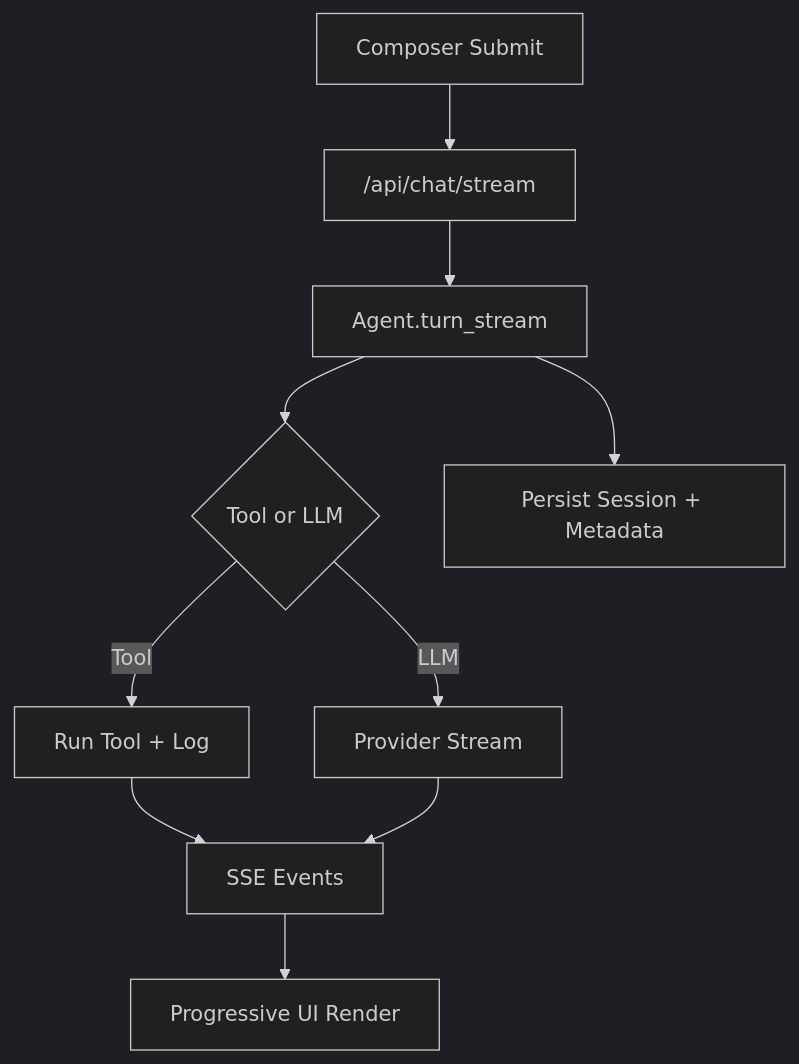
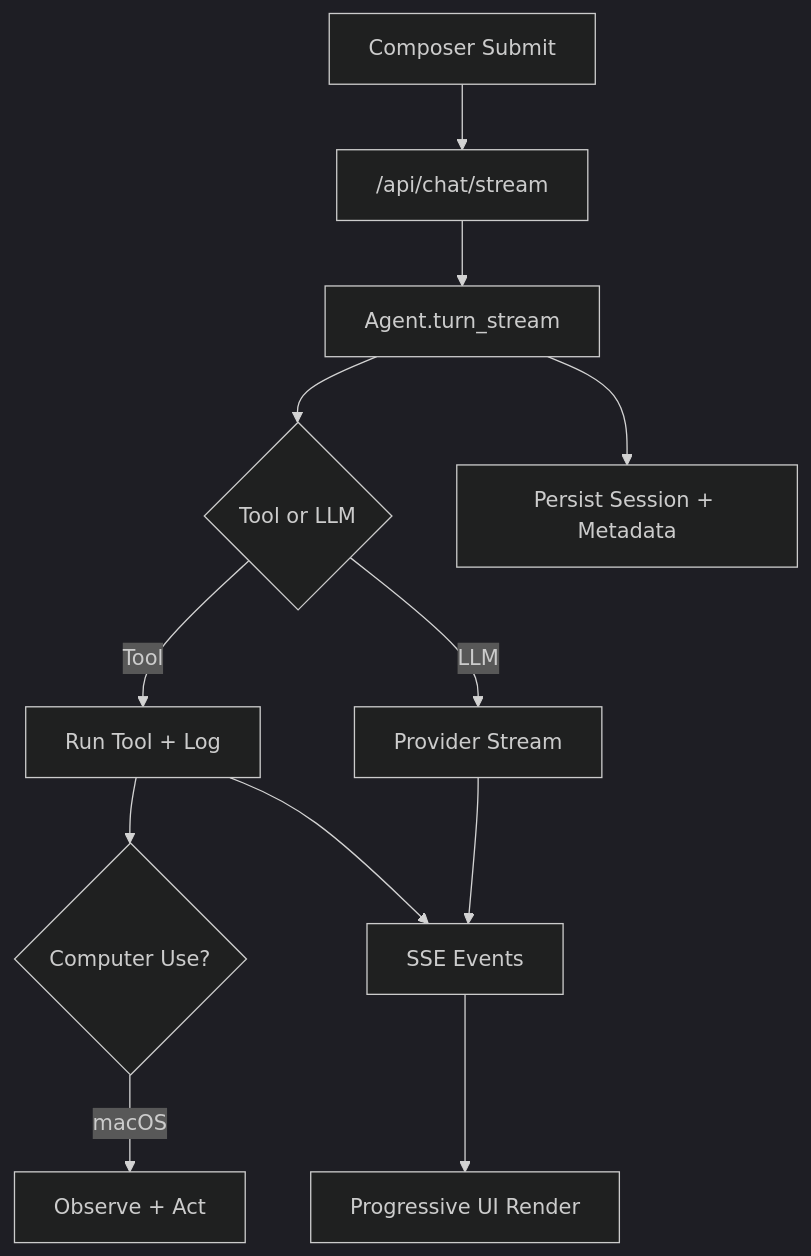
The second of 2 diagrams in docs/architecture.md (RSWAIN1486/sankalp), drawn with Mermaid (dark theme) before and after one commit. The commit also changed other lines of this file and 14 other files, not shown here.

Commit message:
feat: implement experimental macOS Computer Use harness with safety policy and update layout to a persistent app shell architecture.

````diff
--- a/docs/architecture.md
+++ b/docs/architecture.md
@@ -86,12 +102,14 @@
 ```mermaid
 flowchart TD
   C[Composer Submit] --> API["/api/chat/stream"]
   API --> TURN[Agent.turn_stream]
   TURN --> ROUTE{Tool or LLM}
   ROUTE -->|Tool| TOOL[Run Tool + Log]
+  TOOL --> CU{Computer Use?}
+  CU -->|macOS| OBS[Observe + Act]
   ROUTE -->|LLM| LLM[Provider Stream]
   TOOL --> EVT[SSE Events]
   LLM --> EVT
   EVT --> UI[Progressive UI Render]
   TURN --> SAVE[Persist Session + Metadata]
 ```
````
